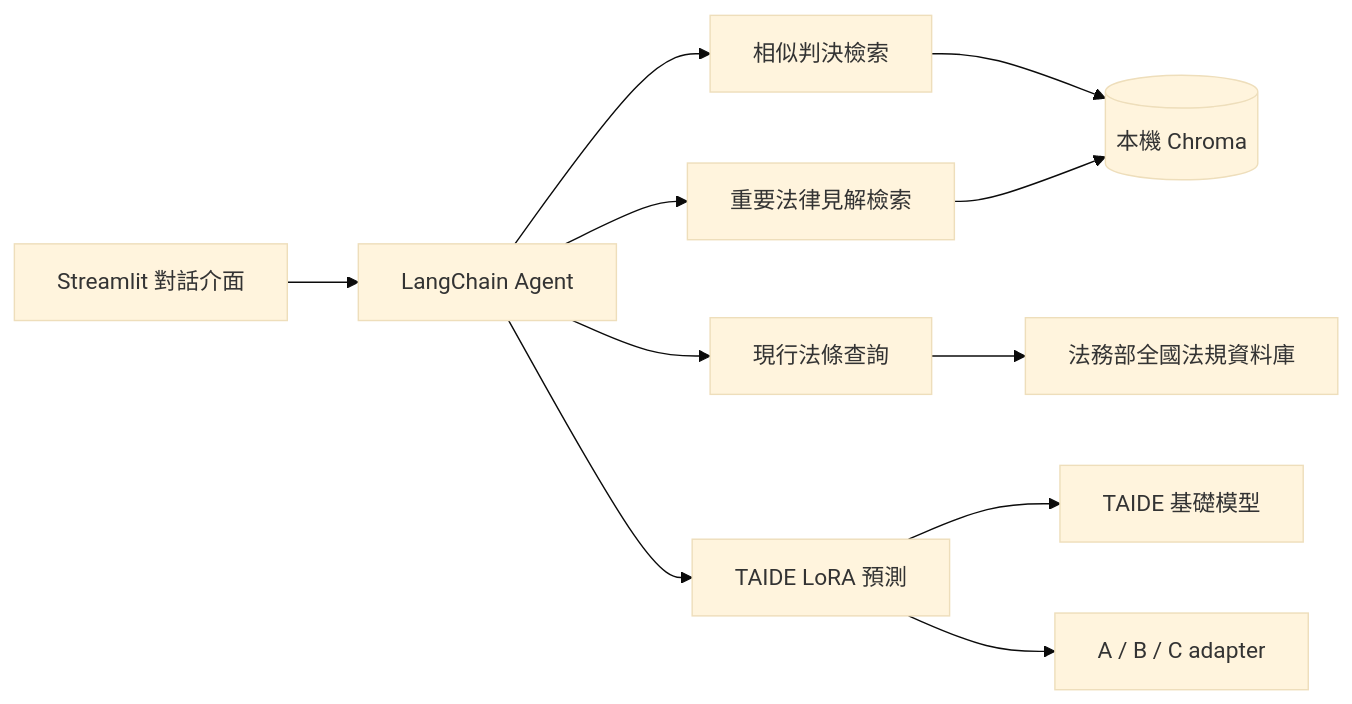
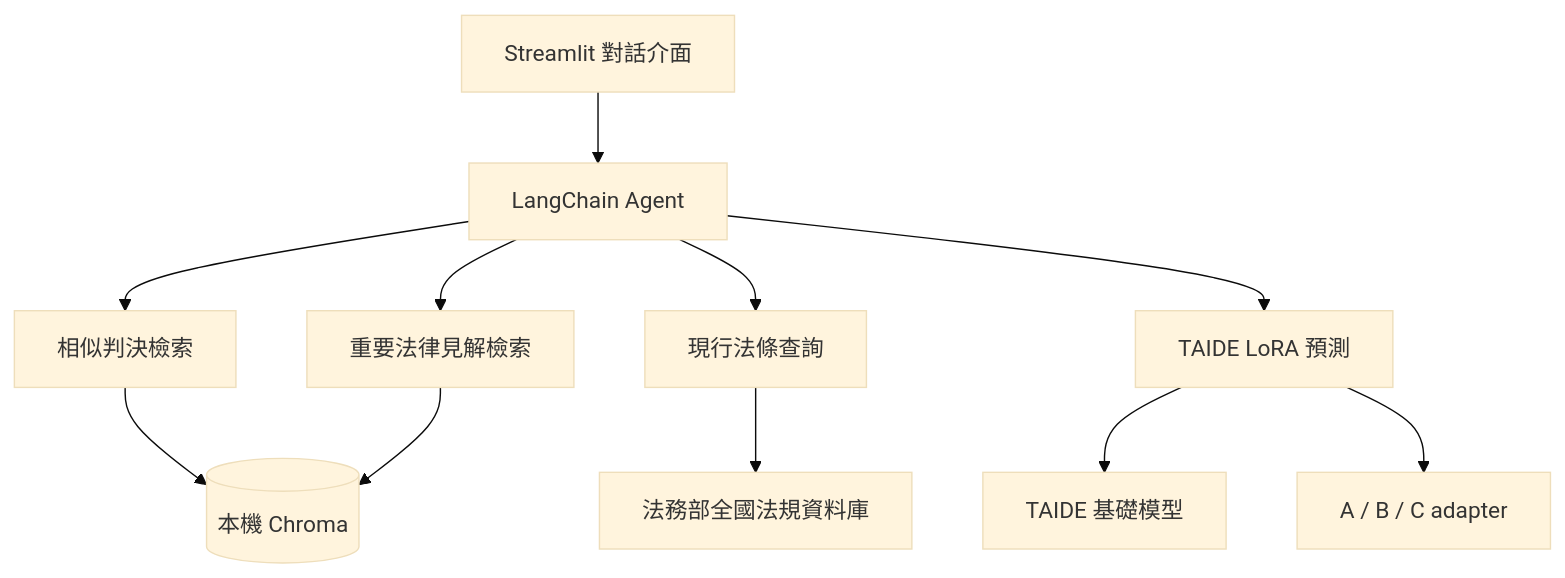
Before and after one commit to DE-CHENG-HSIEH/legal-rag-agent: the first of 2 diagrams in README.md, drawn with Mermaid (base theme). The commit also changed other lines of this file and 30 other files, not shown here.

````diff
--- a/README.md
+++ b/README.md
@@ -23,13 +25,13 @@
 ```mermaid
-flowchart LR
+flowchart TB
     U[Streamlit 對話介面] --> A[LangChain Agent]
     A --> J[相似判決檢索]
     A --> L[現行法條查詢]
     A --> R[重要法律見解檢索]
     A --> P[TAIDE LoRA 預測]
     J --> C[(本機 Chroma)]
     R --> C
     L --> MOJ[法務部全國法規資料庫]
     P --> M[TAIDE 基礎模型]
     P --> X[A / B / C adapter]
 ```
````
